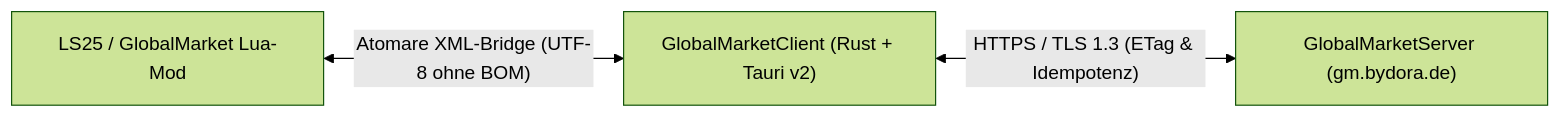
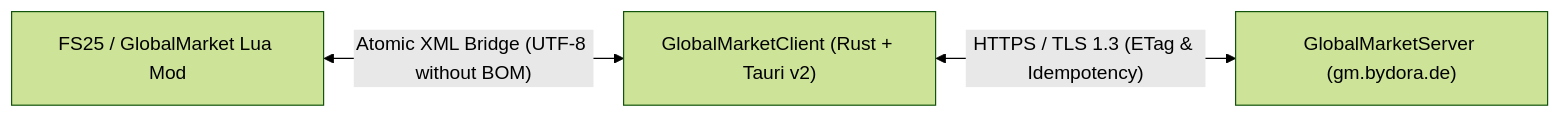
Before and after one commit to D-S-Agrarservice/GlobalMarketClient: the diagram in README.md, drawn with Mermaid (forest theme). The commit also changed other lines of this file and 32 other files, not shown here.

````diff
--- a/README.md
+++ b/README.md
@@ -41,5 +58,5 @@
 ```mermaid
 flowchart LR
-    Game["LS25 / GlobalMarket Lua-Mod"] <-->|"Atomare XML-Bridge (UTF-8 ohne BOM)"| App["GlobalMarketClient (Rust + Tauri v2)"]
-    App <-->|"HTTPS / TLS 1.3 (ETag & Idempotenz)"| Server["GlobalMarketServer (gm.bydora.de)"]
+    Game["FS25 / GlobalMarket Lua Mod"] <-->|"Atomic XML Bridge (UTF-8 without BOM)"| App["GlobalMarketClient (Rust + Tauri v2)"]
+    App <-->|"HTTPS / TLS 1.3 (ETag & Idempotency)"| Server["GlobalMarketServer (gm.bydora.de)"]
 ```
````
